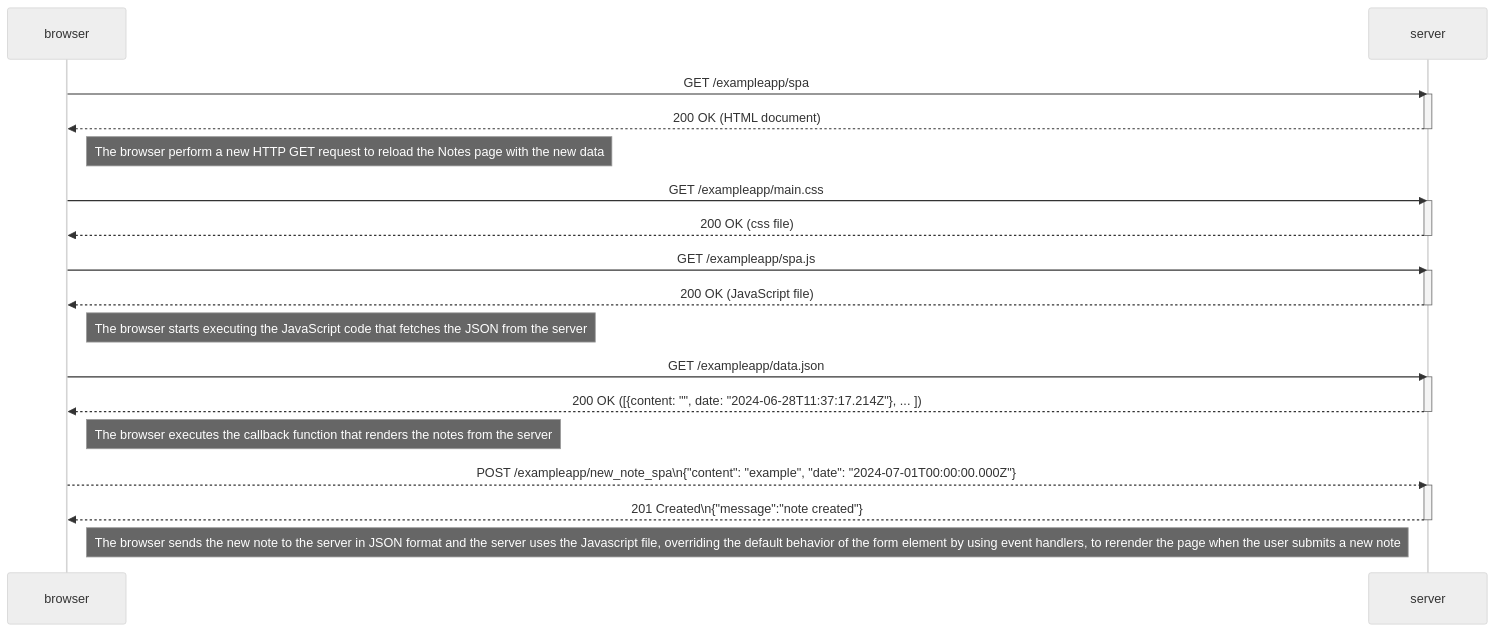
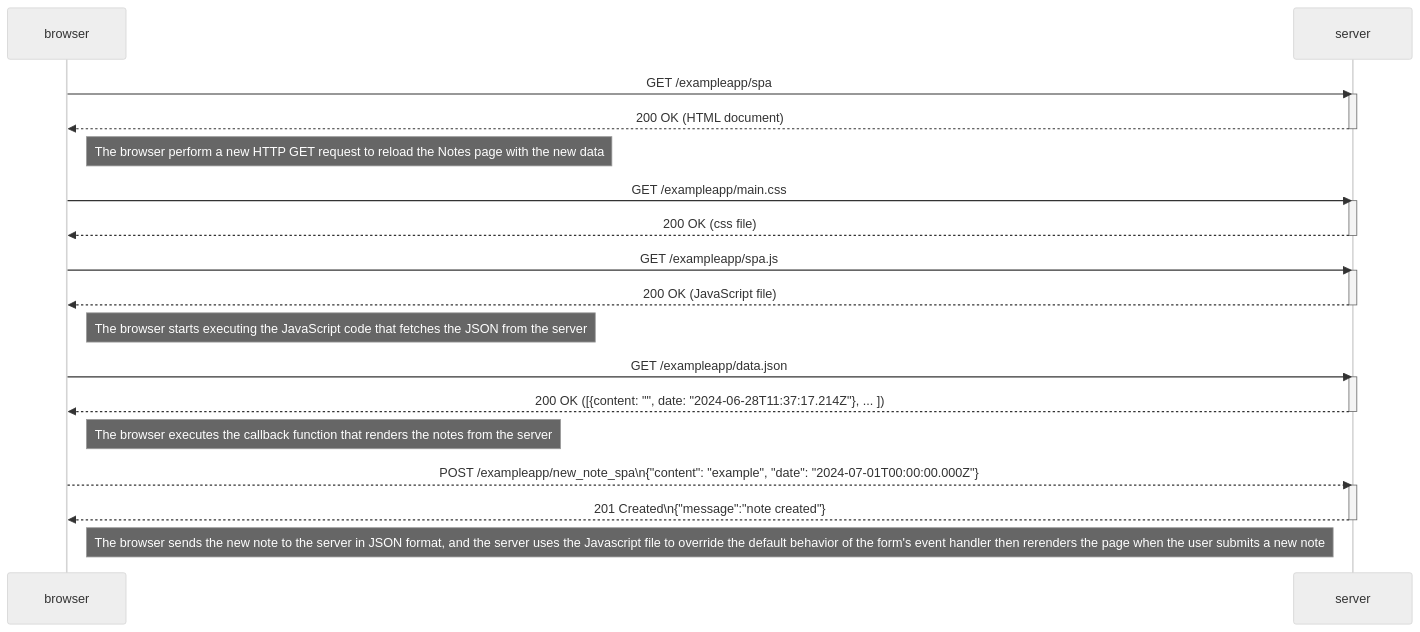
One commit to dollybuzz/fullstackopen changed the diagram in part0/0.6_NewNoteSPADiagram.md. Above: the diagram before and after it, drawn with Mermaid (neutral theme).

Commit message:
update note

````diff
--- a/part0/0.6_NewNoteSPADiagram.md
+++ b/part0/0.6_NewNoteSPADiagram.md
@@ -1,38 +1,38 @@
 ```mermaid
 sequenceDiagram
     participant browser
     participant server
 
     browser->>server: GET /exampleapp/spa
     activate server
     server-->>browser: 200 OK (HTML document)
     deactivate server
 
     Note right of browser: The browser perform a new HTTP GET request to reload the Notes page with the new data
 
     browser->>server: GET /exampleapp/main.css
     activate server
     server-->>browser: 200 OK (css file)
     deactivate server
 
     browser->>server: GET /exampleapp/spa.js
     activate server
     server-->>browser: 200 OK (JavaScript file)
     deactivate server
 
     Note right of browser: The browser starts executing the JavaScript code that fetches the JSON from the server
 
     browser->>server: GET /exampleapp/data.json
     activate server
     server-->>browser: 200 OK ([{content: "", date: "2024-06-28T11:37:17.214Z"}, ... ])
     deactivate server
 
     Note right of browser: The browser executes the callback function that renders the notes from the server
 
     browser-->>server: POST /exampleapp/new_note_spa\n{"content": "example", "date": "2024-07-01T00:00:00.000Z"}
     activate server
     server-->>browser: 201 Created\n{"message":"note created"}
     deactivate server
 
-    Note right of browser: The browser sends the new note to the server in JSON format and the server uses the Javascript file, overriding the default behavior of the form element by using event handlers, to rerender the page when the user submits a new note
+    Note right of browser: The browser sends the new note to the server in JSON format, and the server uses the Javascript file to override the default behavior of the form's event handler then rerenders the page when the user submits a new note
 ```
````
